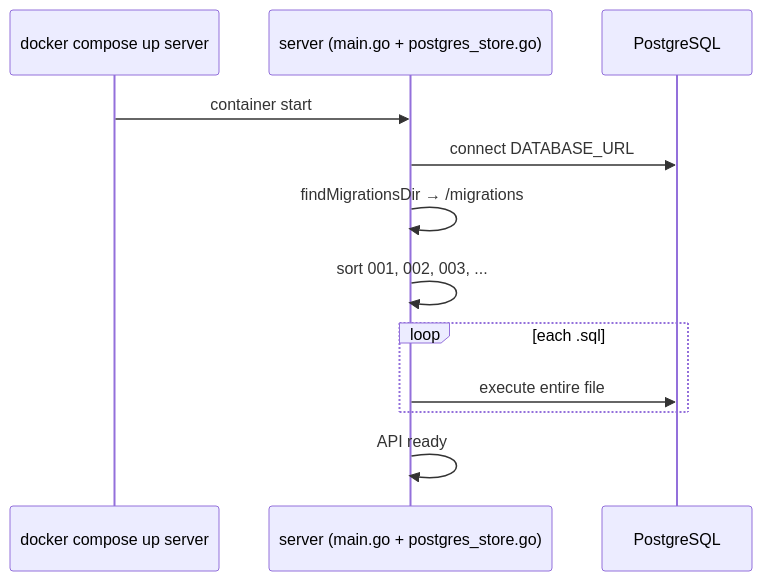
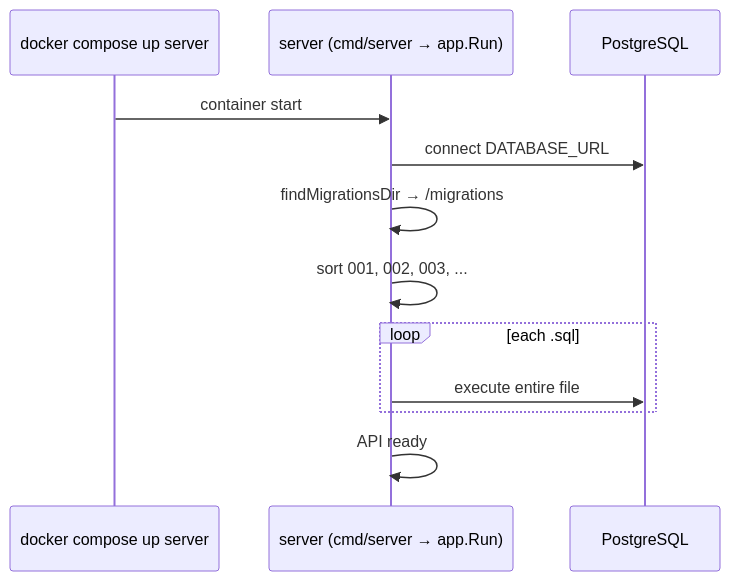
The diagram in docs/en/knowledge-base/migrations-overview.md (kantik001/grounded-llm), drawn with Mermaid before and after one commit. The commit also changed other lines of this file and 65 other files, not shown here.

````diff
--- a/docs/en/knowledge-base/migrations-overview.md
+++ b/docs/en/knowledge-base/migrations-overview.md
@@ -26,15 +25,15 @@
 ```mermaid
 sequenceDiagram
     participant DC as docker compose up server
-    participant Go as server (main.go + postgres_store.go)
+    participant Go as server (cmd/server → app.Run)
     participant PG as PostgreSQL
 
     DC->>Go: container start
     Go->>PG: connect DATABASE_URL
     Go->>Go: findMigrationsDir → /migrations
     Go->>Go: sort 001, 002, 003, ...
     loop each .sql
         Go->>PG: execute entire file
     end
     Go->>Go: API ready
 ```
````
